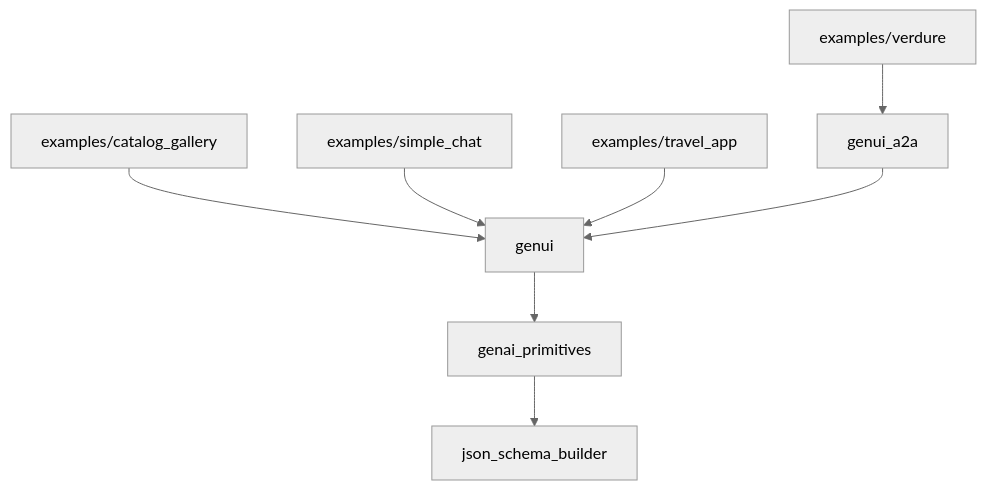
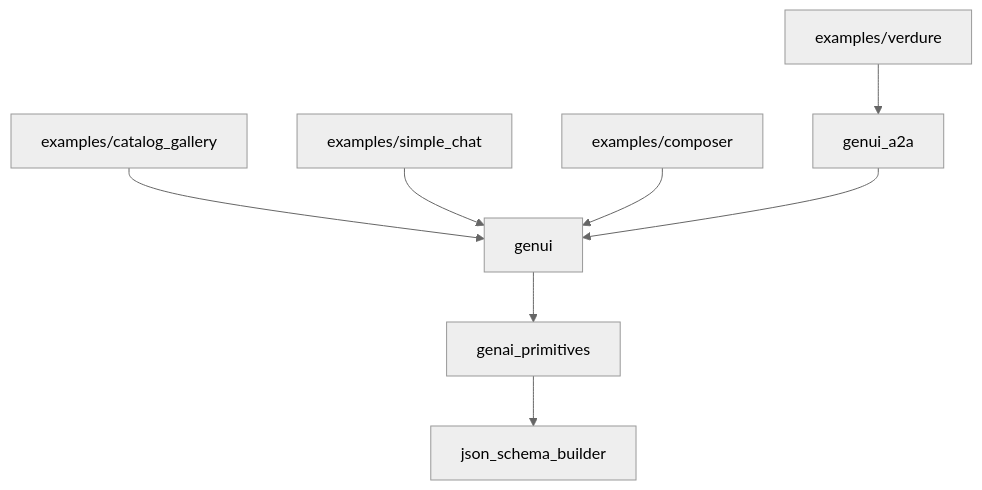
The diagram in README.md (flutter/genui), drawn with Mermaid (neutral theme) before and after one commit. The commit also changed other lines of this file and 42 other files, not shown here.

First line of the commit message:
refactor(examples): resurrect travel_app assets for composer and clean up references

````diff
--- a/README.md
+++ b/README.md
@@ -106,10 +106,10 @@
 ```mermaid
 graph TD
   examples/catalog_gallery --> genui
   examples/simple_chat --> genui
-  examples/travel_app --> genui
+  examples/composer --> genui
   examples/verdure --> genui_a2a
   genui_a2a --> genui
   genui --> genai_primitives
   genai_primitives --> json_schema_builder
 ```
````
